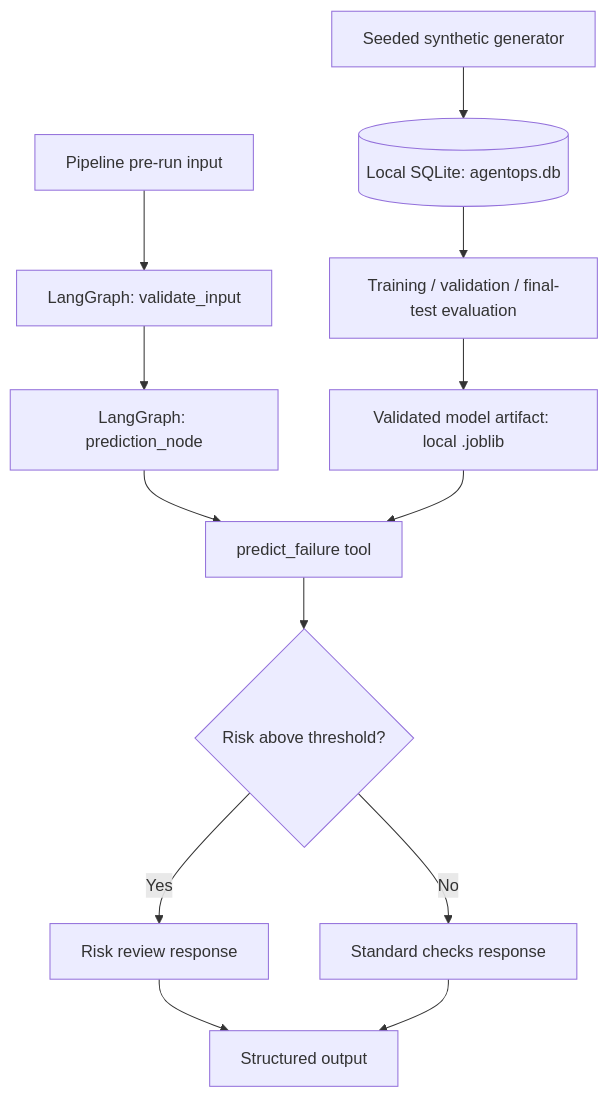
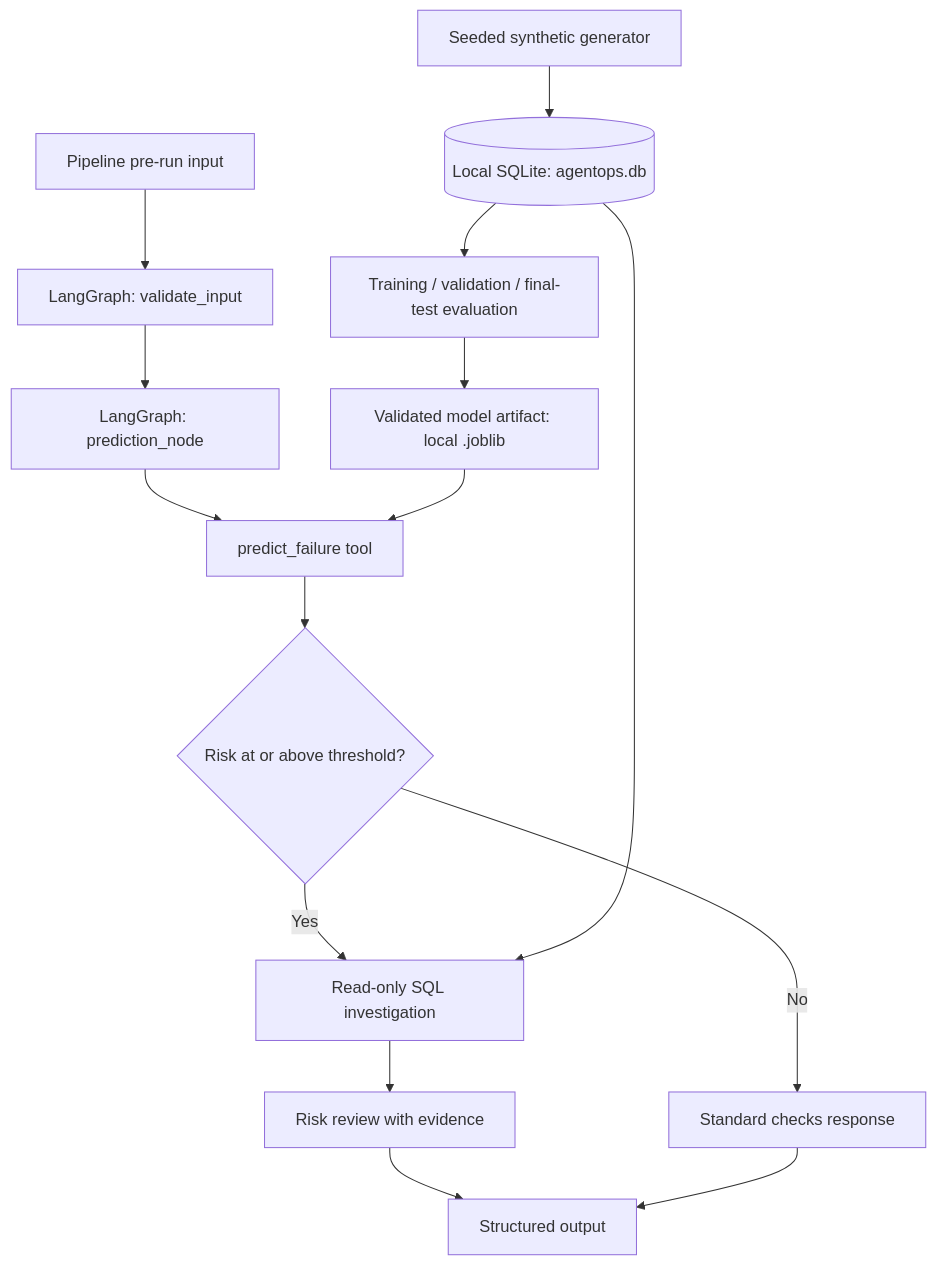
One commit to AimanManzoor/agentops-intelligence-lab changed the diagram in README.md. Above: the diagram before and after it, drawn with Mermaid. The commit also changed other lines of this file, not shown here.

Commit message:
Document SQL evidence investigation and regression checks

````diff
--- a/README.md
+++ b/README.md
@@ -37,15 +39,17 @@
 ```mermaid
 flowchart TD
     G[Seeded synthetic generator] --> DB[(Local SQLite: agentops.db)]
     DB --> EV[Training / validation / final-test evaluation]
     EV --> M[Validated model artifact: local .joblib]
     IN[Pipeline pre-run input] --> V[LangGraph: validate_input]
     V --> P[LangGraph: prediction_node]
     P --> T[predict_failure tool]
     M --> T
-    T --> R{Risk above threshold?}
-    R -->|Yes| H[Risk review response]
+    T --> R{Risk at or above threshold?}
+    R -->|Yes| I[Read-only SQL investigation]
+    DB --> I
+    I --> H[Risk review with evidence]
     R -->|No| L[Standard checks response]
     H --> OUT[Structured output]
     L --> OUT
 ```
````
